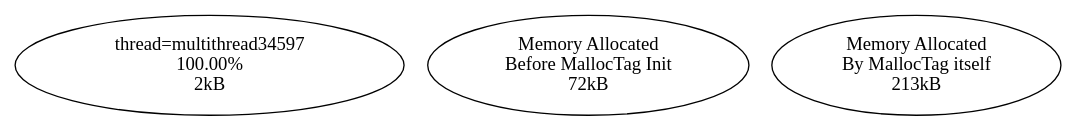
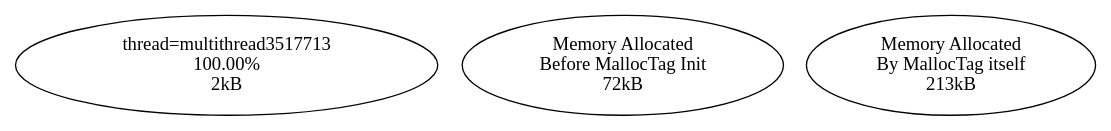
Before and after one commit to f18m/malloc-tag: the diagram in examples/multithread/multithread_stats.dot, drawn with Graphviz. The commit also changed 7 other files, not shown here.

```diff
--- a/examples/multithread/multithread_stats.dot
+++ b/examples/multithread/multithread_stats.dot
@@ -1,5 +1,5 @@
 digraph MallocTree {
-multithread34597 [label="thread=multithread34597\n100.00%\n2kB"]
+multithread3517713 [label="thread=multithread3517713\n100.00%\n2kB"]
 __before_init_node__ [label="Memory Allocated\nBefore MallocTag Init\n72kB"]
 __malloctag_self_memory__ [label="Memory Allocated\nBy MallocTag itself\n213kB"]
 }
```
